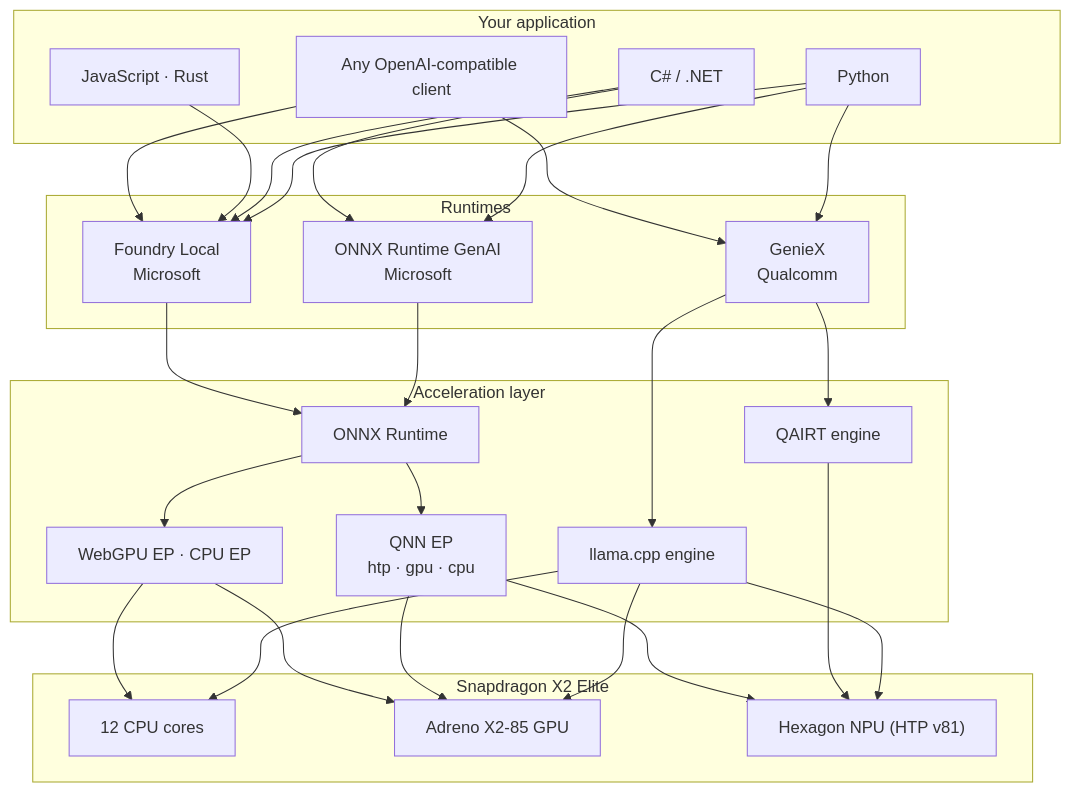
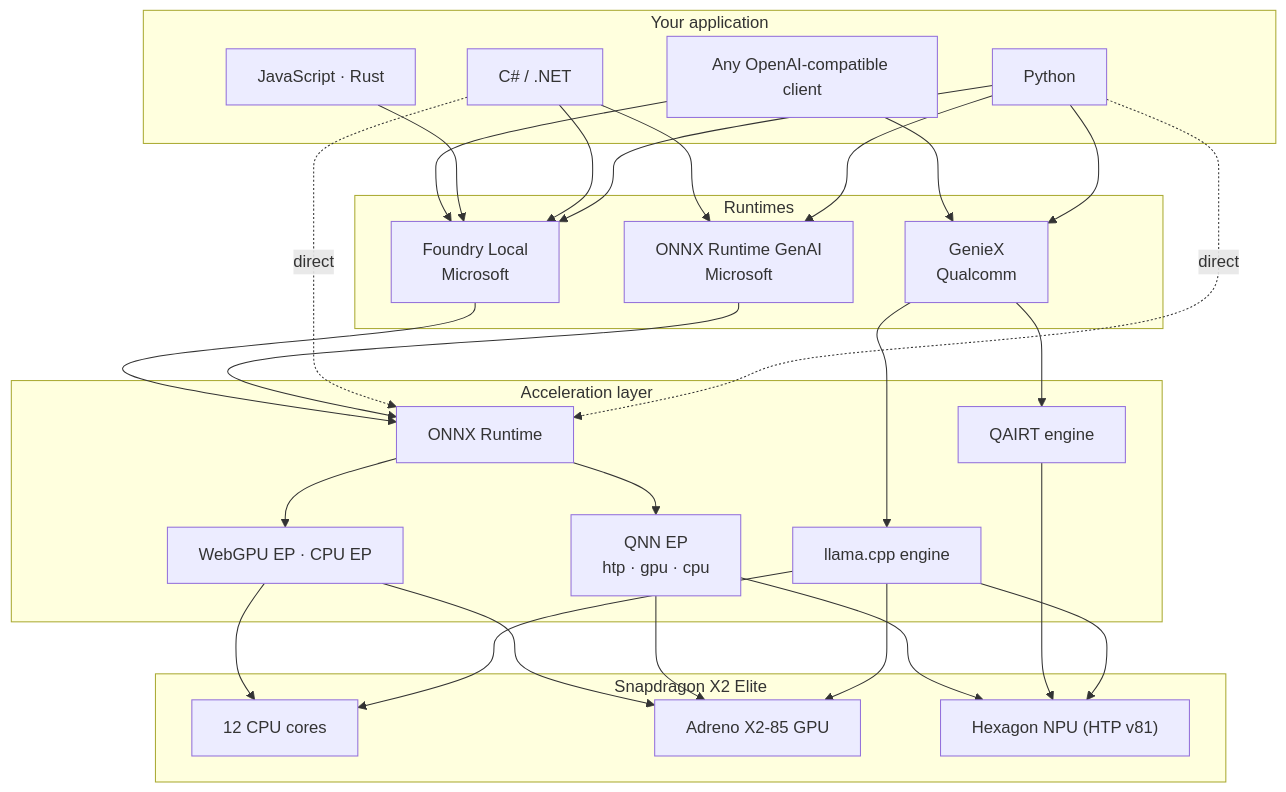
The first of 3 diagrams in README.md (Tripperist/Atlas), drawn with Mermaid before and after one commit. The commit also changed other lines of this file, not shown here.

````diff
--- a/README.md
+++ b/README.md
@@ -203,54 +203,57 @@
 ```mermaid
 flowchart TB
     subgraph APP["Your application"]
         PY["Python"]
         CS["C# / .NET"]
         OTH["JavaScript · Rust"]
         HTTP["Any OpenAI-compatible client"]
     end
 
     subgraph RT["Runtimes"]
         GX["GenieX<br/>Qualcomm"]
         ORT["ONNX Runtime GenAI<br/>Microsoft"]
         FL["Foundry Local<br/>Microsoft"]
     end
 
     subgraph EP["Acceleration layer"]
         LC["llama.cpp engine"]
         QA["QAIRT engine"]
         ORTC["ONNX Runtime"]
         QNN["QNN EP<br/>htp · gpu · cpu"]
         OEP["WebGPU EP · CPU EP"]
     end
 
     subgraph HW["Snapdragon X2 Elite"]
         CPU["12 CPU cores"]
         GPU["Adreno X2-85 GPU"]
         NPU["Hexagon NPU (HTP v81)"]
     end
 
     PY --> GX
     PY --> ORT
     PY --> FL
     CS --> ORT
     CS --> FL
     OTH --> FL
     HTTP --> GX
     HTTP --> FL
 
+    PY -. direct .-> ORTC
+    CS -. direct .-> ORTC
+
     GX --> LC
     GX --> QA
     ORT --> ORTC
     FL --> ORTC
     ORTC --> QNN
     ORTC --> OEP
 
     LC --> CPU
     LC --> GPU
     LC --> NPU
     QA --> NPU
     QNN --> NPU
     QNN --> GPU
     OEP --> GPU
     OEP --> CPU
 ```
````
